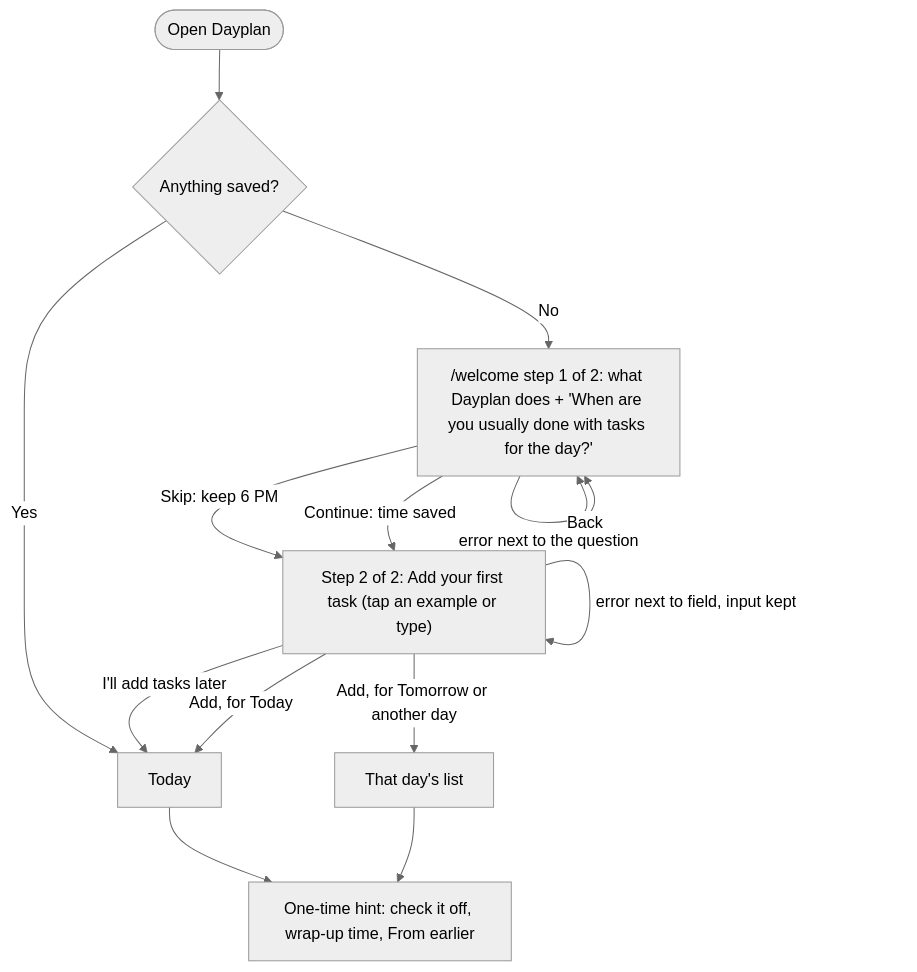
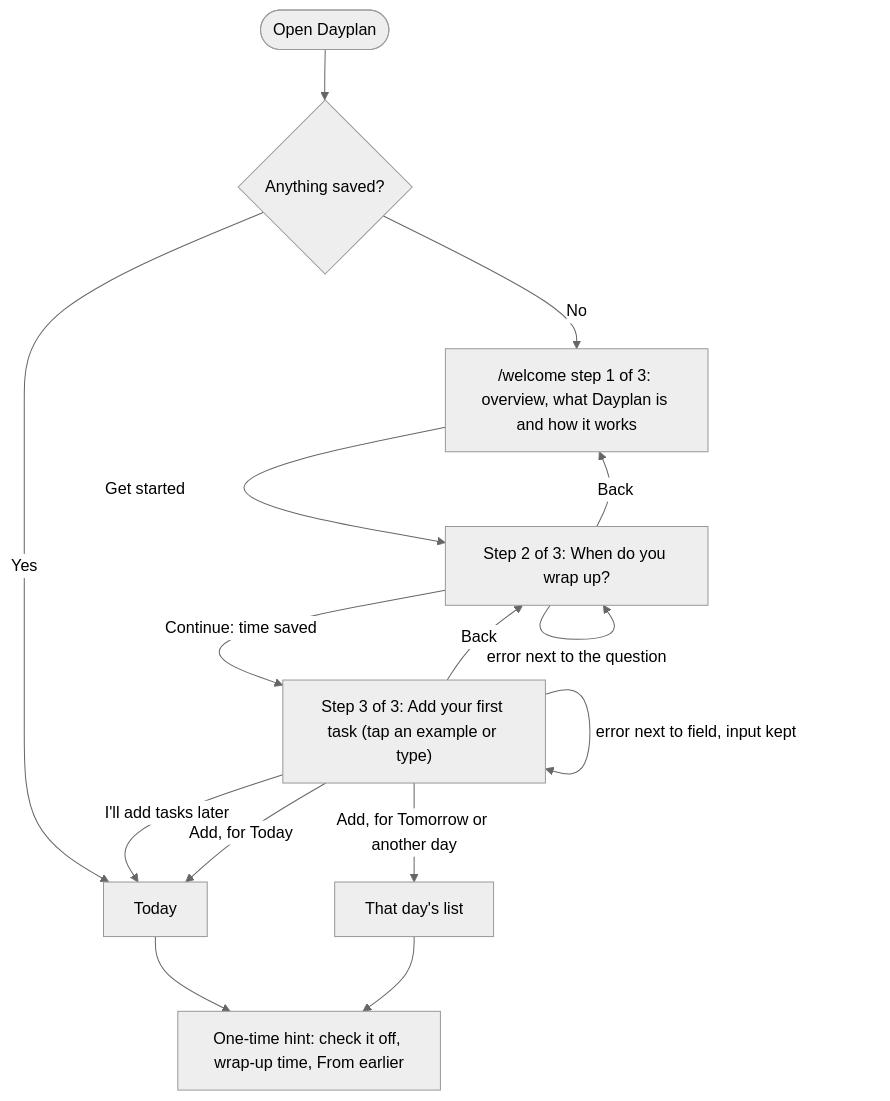
The second of 2 diagrams in flows.md (neilpandya01/hw3-dbs), drawn with Mermaid (neutral theme) before and after one commit. The commit also changed other lines of this file and 6 other files, not shown here.

````diff
--- a/flows.md
+++ b/flows.md
@@ -95,16 +95,17 @@
 ```mermaid
 flowchart TD
   A([Open Dayplan]) --> B{Anything saved?}
   B -- Yes --> T[Today]
-  B -- No --> W1["/welcome step 1 of 2: what Dayplan does + 'When are you usually done with tasks for the day?'"]
+  B -- No --> W0["/welcome step 1 of 3: overview, what Dayplan is and how it works"]
+  W0 -- Get started --> W1["Step 2 of 3: When do you wrap up?"]
+  W1 -- Back --> W0
   W1 -- error next to the question --> W1
-  W1 -- Skip: keep 6 PM --> W2
-  W1 -- Continue: time saved --> W2["Step 2 of 2: Add your first task (tap an example or type)"]
+  W1 -- Continue: time saved --> W2["Step 3 of 3: Add your first task (tap an example or type)"]
   W2 -- Back --> W1
   W2 -- error next to field, input kept --> W2
   W2 -- "I'll add tasks later" --> T
   W2 -- Add, for Today --> T
   W2 -- Add, for Tomorrow or another day --> D["That day's list"]
   T --> H[One-time hint: check it off, wrap-up time, From earlier]
   D --> H
 ```
````
